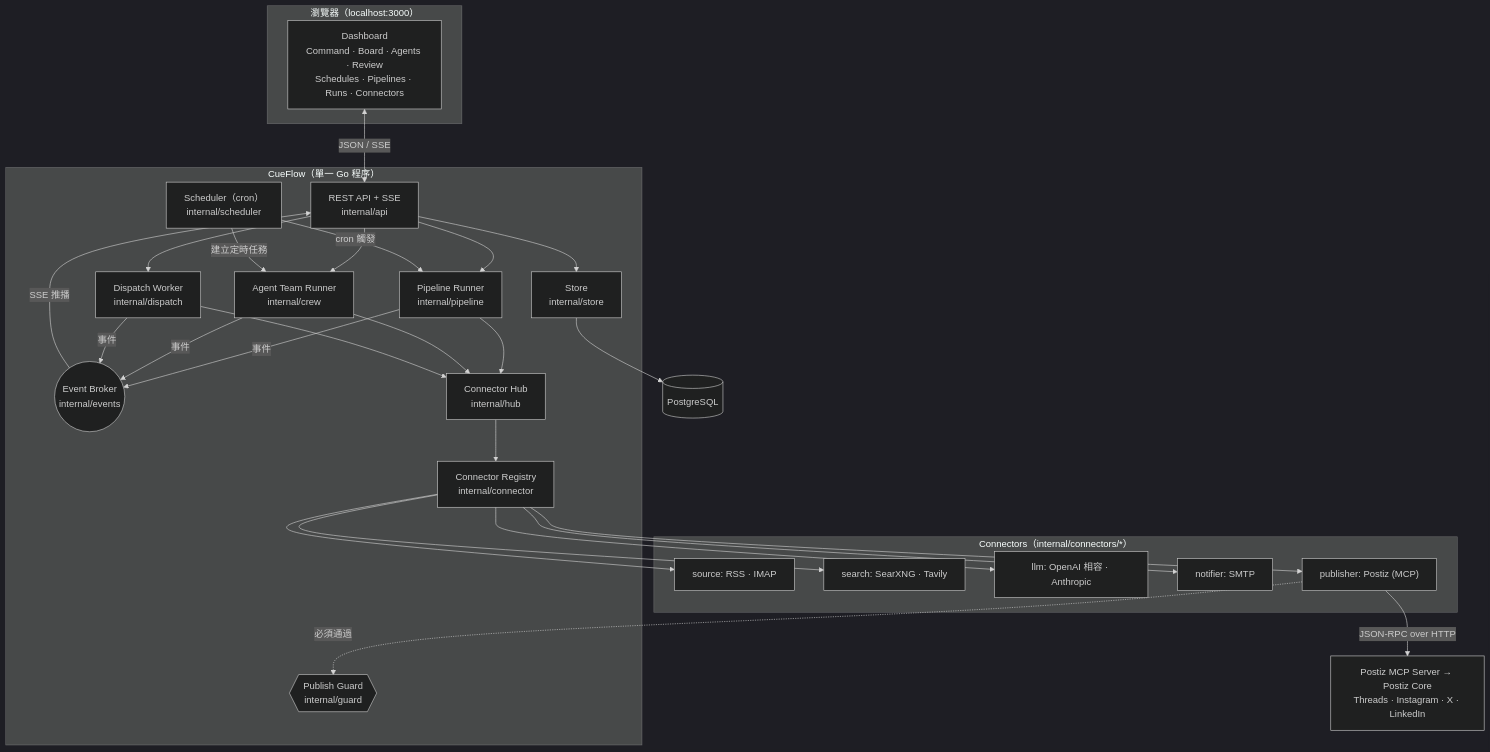
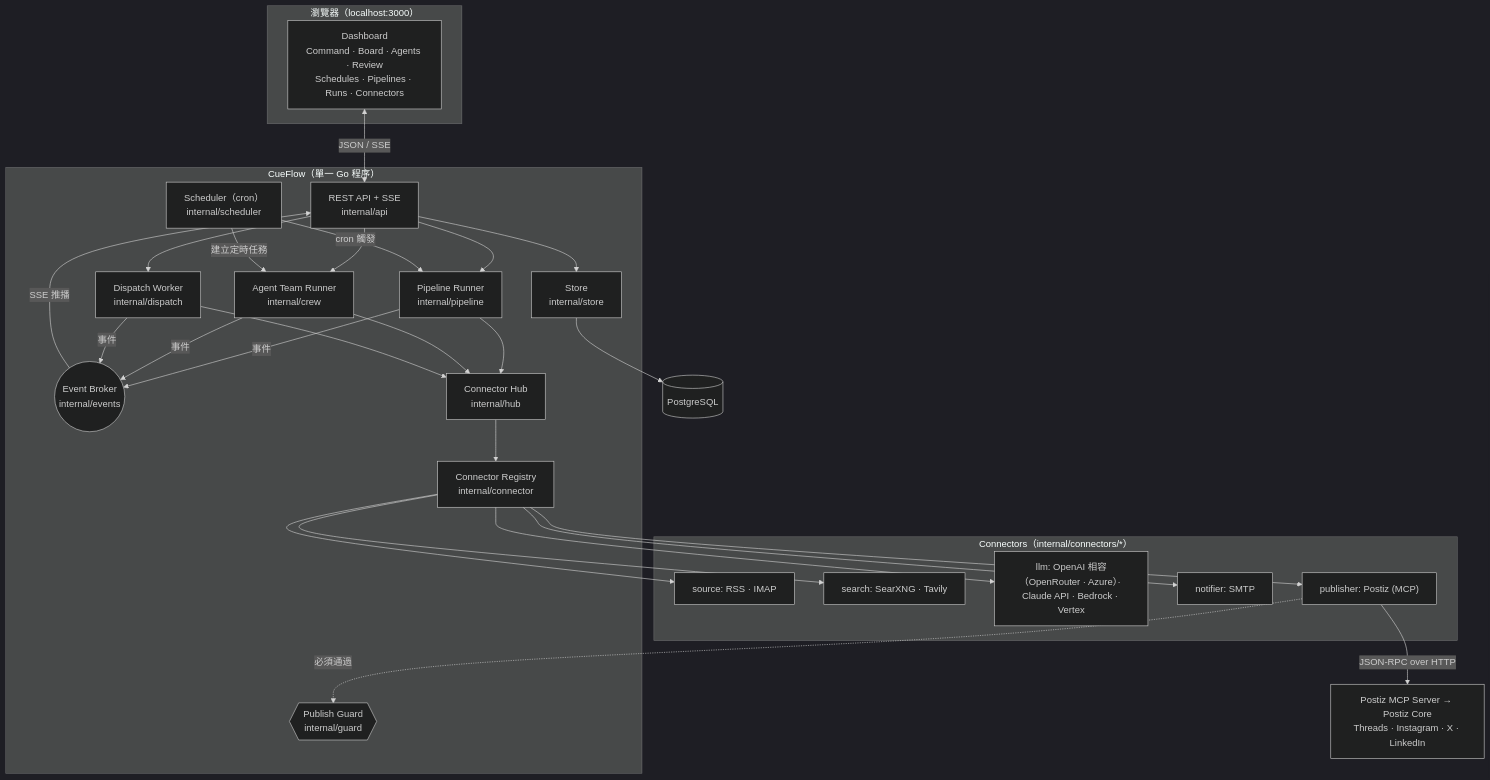
One commit to j75689/cueflow changed the first of 6 diagrams in docs/zh-TW/architecture.md. Above: the diagram before and after it, drawn with Mermaid (dark theme). The commit also changed other lines of this file and 12 other files, not shown here.

First line of the commit message:
feat: more LLM auth options, Bedrock/Vertex, OpenRouter and Azure OpenAI

````diff
--- a/docs/zh-TW/architecture.md
+++ b/docs/zh-TW/architecture.md
@@ -21,49 +21,49 @@
 ```mermaid
 flowchart TB
     subgraph Browser["瀏覽器（localhost:3000）"]
         UI["Dashboard<br/>Command · Board · Agents · Review<br/>Schedules · Pipelines · Runs · Connectors"]
     end
 
     subgraph Core["CueFlow（單一 Go 程序）"]
         API["REST API + SSE<br/>internal/api"]
         Broker(("Event Broker<br/>internal/events"))
         Sched["Scheduler（cron）<br/>internal/scheduler"]
         Pipe["Pipeline Runner<br/>internal/pipeline"]
         Crew["Agent Team Runner<br/>internal/crew"]
         Disp["Dispatch Worker<br/>internal/dispatch"]
         Hub["Connector Hub<br/>internal/hub"]
         Reg["Connector Registry<br/>internal/connector"]
         Guard{{"Publish Guard<br/>internal/guard"}}
         Store["Store<br/>internal/store"]
     end
 
     DB[("PostgreSQL")]
 
     subgraph Plugins["Connectors（internal/connectors/*）"]
         Src["source: RSS · IMAP"]
         Search["search: SearXNG · Tavily"]
-        LLM["llm: OpenAI 相容 · Anthropic"]
+        LLM["llm: OpenAI 相容（OpenRouter · Azure）· Claude API · Bedrock · Vertex"]
         Notif["notifier: SMTP"]
         Pub["publisher: Postiz (MCP)"]
     end
 
     Postiz["Postiz MCP Server → Postiz Core<br/>Threads · Instagram · X · LinkedIn"]
 
     UI <-->|"JSON / SSE"| API
     API --> Store
     API --> Crew
     API --> Disp
     API --> Pipe
     Broker -->|"SSE 推播"| API
     Sched -->|"cron 觸發"| Pipe
     Sched -->|"建立定時任務"| Crew
     Pipe --> Hub
     Crew --> Hub
     Disp --> Hub
     Hub --> Reg
     Reg --> Src & Search & LLM & Notif & Pub
     Pub -.->|"必須通過"| Guard
     Pub -->|"JSON-RPC over HTTP"| Postiz
     Store --> DB
     Pipe & Crew & Disp -->|"事件"| Broker
 ```
````
